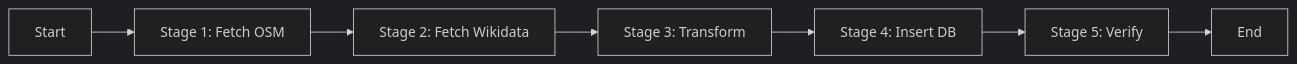
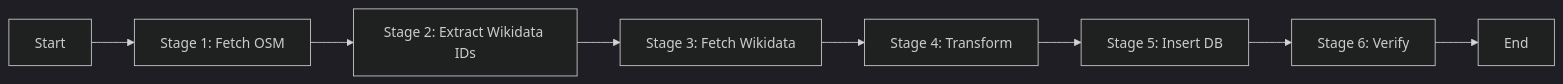
The tenth of 12 diagrams in docs/import/architecture.md (DaxServer/geocode-commons-categories), drawn with Mermaid (dark theme) before and after one commit. The commit also changed other lines of this file and 5 other files, not shown here.

````diff
--- a/docs/import/architecture.md
+++ b/docs/import/architecture.md
@@ -381,10 +346,11 @@
 ```mermaid
 graph LR
     A[Start] --> B[Stage 1: Fetch OSM]
-    B --> C[Stage 2: Fetch Wikidata]
-    C --> D[Stage 3: Transform]
-    D --> E[Stage 4: Insert DB]
-    E --> F[Stage 5: Verify]
-    F --> G[End]
+    B --> C[Stage 2: Extract Wikidata IDs]
+    C --> D[Stage 3: Fetch Wikidata]
+    D --> E[Stage 4: Transform]
+    E --> F[Stage 5: Insert DB]
+    F --> G[Stage 6: Verify]
+    G --> H[End]
 
 ```
````
